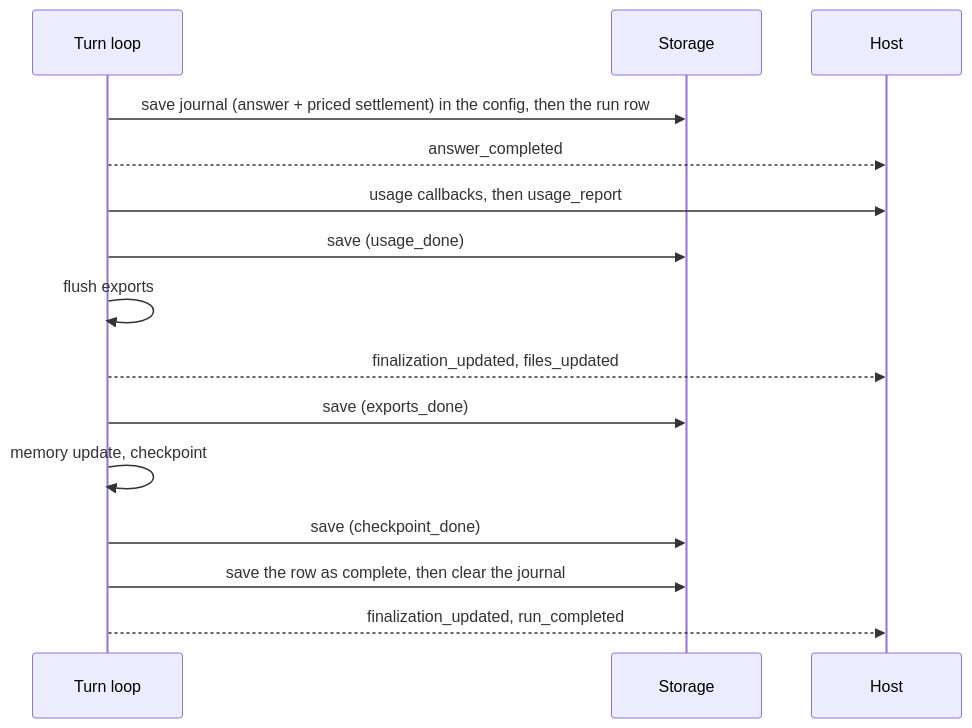
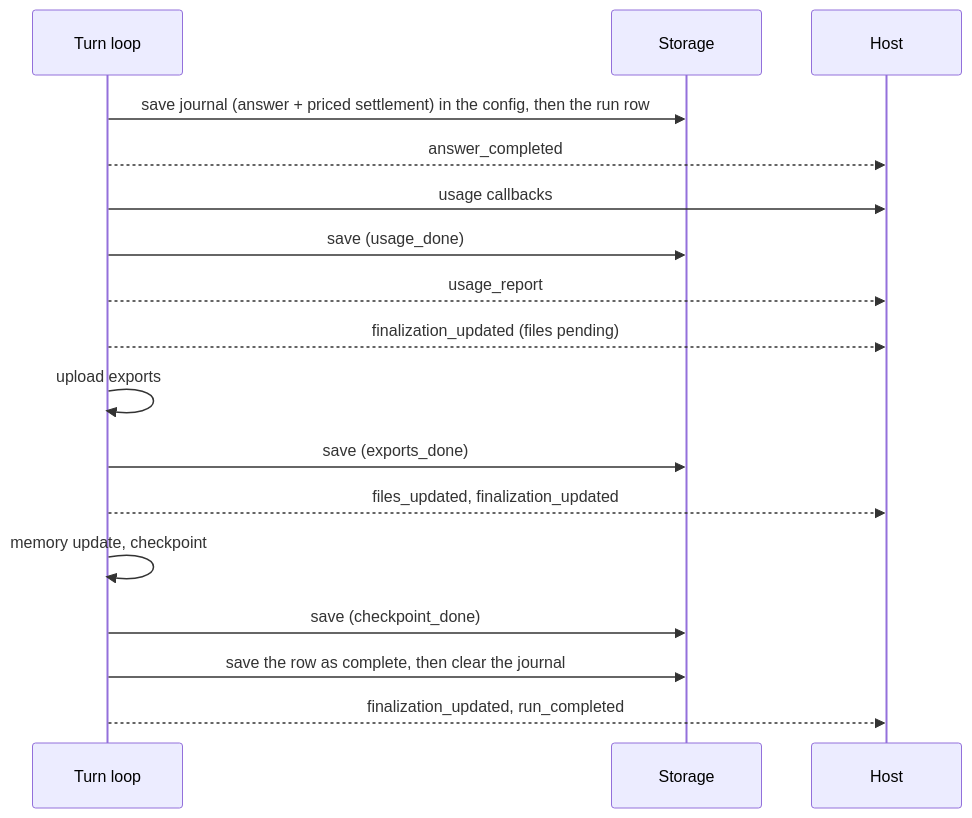
One commit to AuroSoni/agent-harness changed the diagram in mental_model/features/answer-finalization.md. Above: the diagram before and after it, drawn with Mermaid. The commit also changed other lines of this file and 23 other files, not shown here.

````diff
--- a/mental_model/features/answer-finalization.md
+++ b/mental_model/features/answer-finalization.md
@@ -20,17 +20,19 @@
 ```mermaid
 sequenceDiagram
   participant L as Turn loop
   participant DB as Storage
   participant H as Host
   L->>DB: save journal (answer + priced settlement) in the config, then the run row
   L-->>H: answer_completed
-  L->>H: usage callbacks, then usage_report
+  L->>H: usage callbacks
   L->>DB: save (usage_done)
-  L->>L: flush exports
-  L-->>H: finalization_updated, files_updated
+  L-->>H: usage_report
+  L-->>H: finalization_updated (files pending)
+  L->>L: upload exports
   L->>DB: save (exports_done)
+  L-->>H: files_updated, finalization_updated
   L->>L: memory update, checkpoint
   L->>DB: save (checkpoint_done)
   L->>DB: save the row as complete, then clear the journal
   L-->>H: finalization_updated, run_completed
 ```
````
